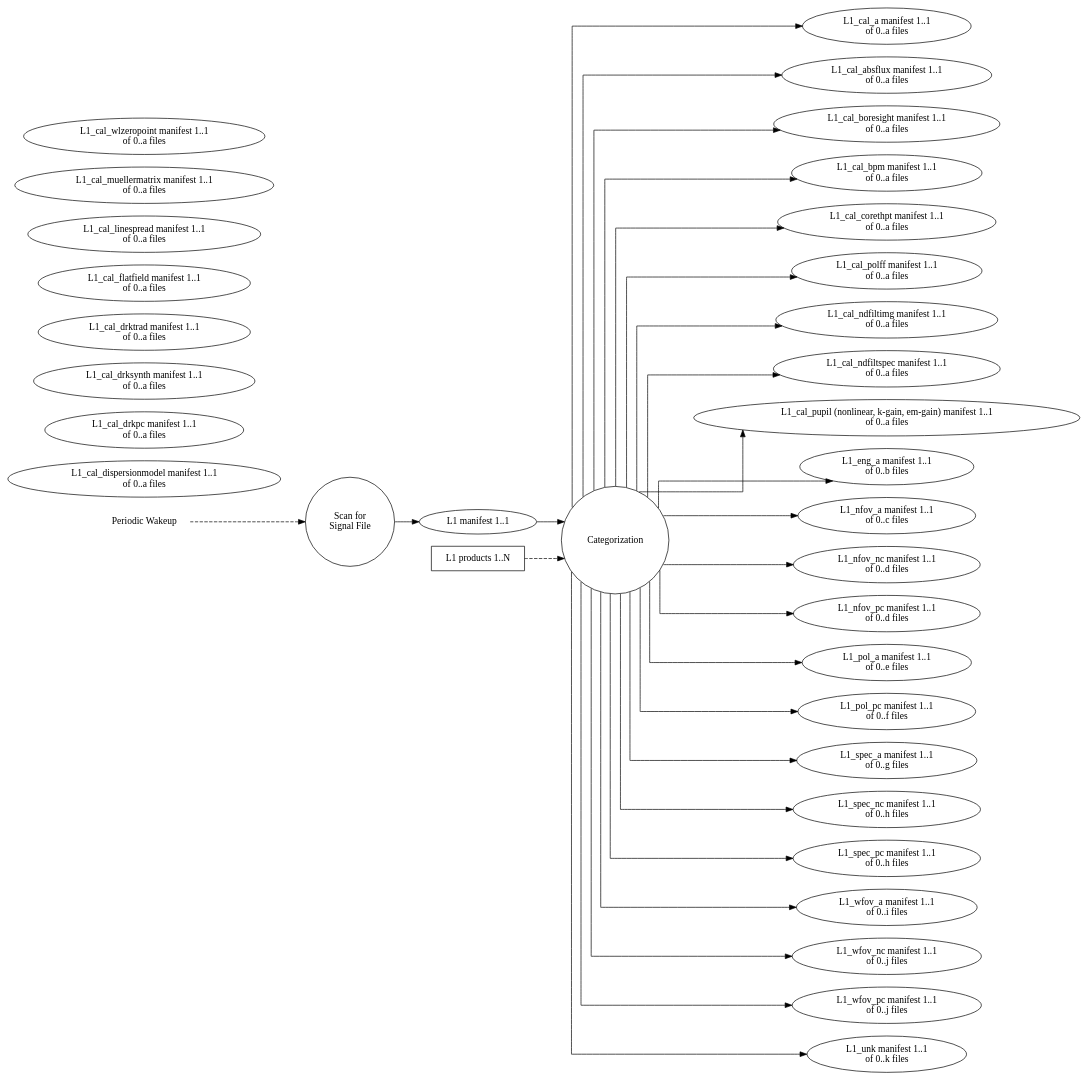
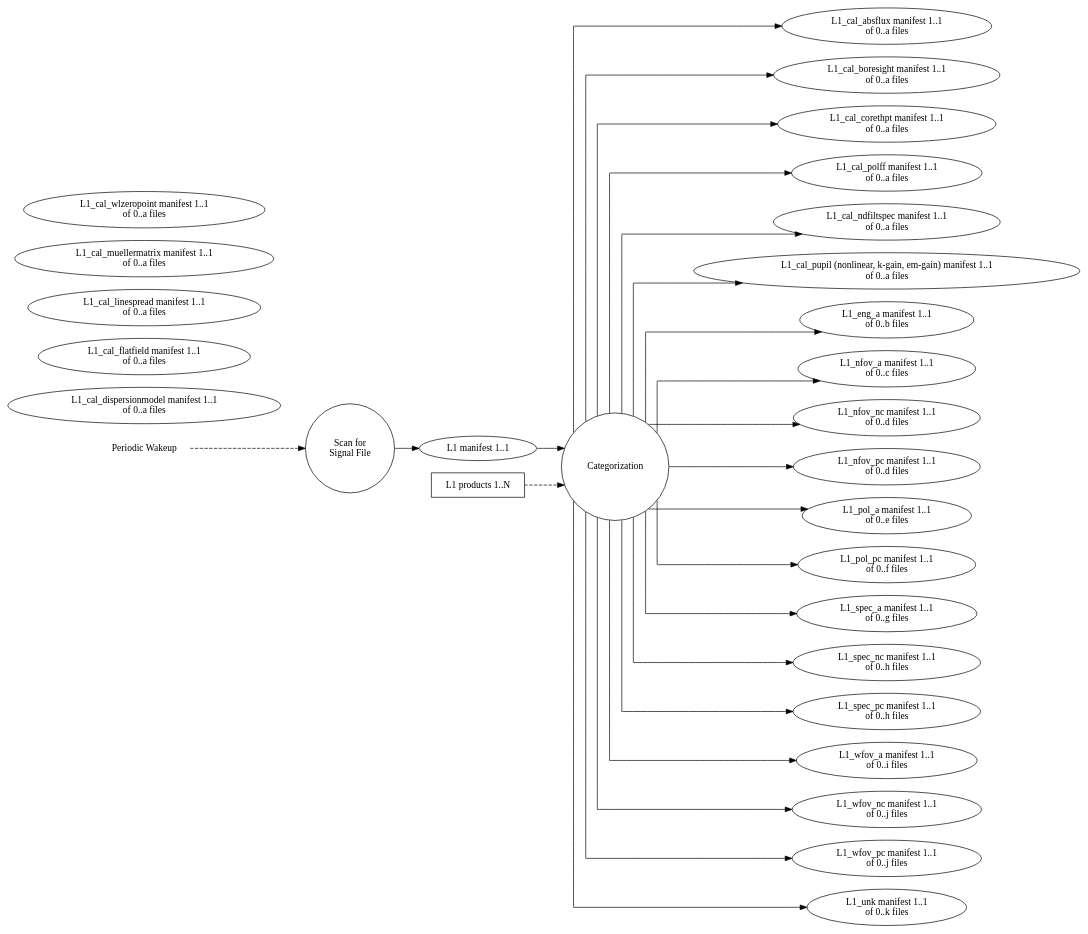
Before and after one commit to roman-corgi/ctc-dip: the diagram in dip/basis/ck_cat.dot, drawn with Graphviz. The commit also changed 7 other files, not shown here.

```diff
--- a/dip/basis/ck_cat.dot
+++ b/dip/basis/ck_cat.dot
@@ -1,168 +1,141 @@
 digraph CategorizationDesign
 {
   graph [splines="ortho", rankdir=LR];
 
   alarm [label="Periodic Wakeup", shape="none"];
   scan [label="Scan for\nSignal File", shape="circle",
         runname="clerk.scan"
         runtype="dawgie.Analyzer"
         fsmtype="dip.clerk.impls.scan.FSM"];  
   l1_sort [label="Categorization", shape="circle",
         runname="clerk.categorization"
         runtype="dawgie.Algorithm"
         fsmtype="dip.clerk.impls.categorization.FrameFSM"];
         
   l1_data [label="L1 products 1..N", shape="rectangle"];
   l1_man [label="L1 manifest 1..1", shape="ellipse",
           valname="clerk.scan.inbound.frames",
           valtype="dip.base.Manifest"];
 
-  l1_cal_a_man [label="L1_cal_a manifest 1..1\nof 0..a files",
-                shape="ellipse",
-                valname="clerk.categorization.channel.cal_a",
-                valtype="dip.base.Manifest"];
   l1_cal_absflux_man [label="L1_cal_absflux manifest 1..1\nof 0..a files",
                       shape="ellipse",
                       valname="clerk.categorization.channel.cal_absflux",
                       valtype="dip.base.Manifest"];
   l1_cal_boresight_man [label="L1_cal_boresight manifest 1..1\nof 0..a files",
                         shape="ellipse",
                         valname="clerk.categorization.channel.cal_boresight",
                         valtype="dip.base.Manifest"];
-  l1_cal_bpm_man [label="L1_cal_bpm manifest 1..1\nof 0..a files",
-                  shape="ellipse",
-                  valname="clerk.categorization.channel.cal_badpixelmap",
-                  valtype="dip.base.Manifest"];
   l1_cal_corethpt_man [label="L1_cal_corethpt manifest 1..1\nof 0..a files",
                        shape="ellipse",
                        valname="clerk.categorization.channel.cal_corethpt",
                        valtype="dip.base.Manifest"];
   l1_cal_dpm_man [label="L1_cal_dispersionmodel manifest 1..1\nof 0..a files",
                   shape="ellipse",
                   valname="clerk.categorization.channel.cal_dispersionmodel",
                   valtype="dip.base.Manifest"];
-  l1_cal_drkpc_man [label="L1_cal_drkpc manifest 1..1\nof 0..a files",
-                    shape="ellipse",
-                    valname="clerk.categorization.channel.cal_darkpc",
-                    valtype="dip.base.Manifest"];
-  l1_cal_drksynth_man [label="L1_cal_drksynth manifest 1..1\nof 0..a files",
-                       shape="ellipse",
-                       valname="clerk.categorization.channel.cal_darksynth",
-                       valtype="dip.base.Manifest"];
-  l1_cal_drktrad_man [label="L1_cal_drktrad manifest 1..1\nof 0..a files",
-                      shape="ellipse",
-                      valname="clerk.categorization.channel.cal_darktrad",
-                      valtype="dip.base.Manifest"];
   l1_cal_ff_man [label="L1_cal_flatfield manifest 1..1\nof 0..a files",
                  shape="ellipse",
                  valname="clerk.categorization.channel.cal_flatfield",
                  valtype="dip.base.Manifest"];
   l1_cal_polff_man [label="L1_cal_polff manifest 1..1\nof 0..a files",
                     shape="ellipse",
                     valname="clerk.categorization.channel.cal_polff",
                     valtype="dip.base.Manifest"];
   l1_cal_lsf_man [label="L1_cal_linespread manifest 1..1\nof 0..a files",
                   shape="ellipse",
                   valname="clerk.categorization.channel.cal_linespread",
                   valtype="dip.base.Manifest"];
   l1_cal_mm_man [label="L1_cal_muellermatrix manifest 1..1\nof 0..a files",
                  shape="ellipse",
                  valname="clerk.categorization.channel.cal_muellermatrix",
                  valtype="dip.base.Manifest"];
-  l1_cal_ndfiltimg_man [label="L1_cal_ndfiltimg manifest 1..1\nof 0..a files",
-                       shape="ellipse",
-                       valname="clerk.categorization.channel.cal_ndfiltimg",
-                       valtype="dip.base.Manifest"];
   l1_cal_ndfiltspec_man [label="L1_cal_ndfiltspec manifest 1..1\nof 0..a files",
                          shape="ellipse",
                          valname="clerk.categorization.channel.cal_ndfiltspec",
                          valtype="dip.base.Manifest"];
   l1_cal_pupil_man [label="L1_cal_pupil (nonlinear, k-gain, em-gain) manifest 1..1\nof 0..a files",
                     shape="ellipse",
                     valname="clerk.categorization.channel.cal_pupil",
                     valtype="dip.base.Manifest"];
   l1_cal_wzp_man [label="L1_cal_wlzeropoint manifest 1..1\nof 0..a files",
                   shape="ellipse",
                   valname="clerk.categorization.channel.cal_wlzeropoint",
                   valtype="dip.base.Manifest"];
   l1_eng_a_man [label="L1_eng_a manifest 1..1\nof 0..b files",
                 shape="ellipse",
                 valname="clerk.categorization.channel.eng_a",
                 valtype="dip.base.Manifest"];
   l1_nfov_a_man [label="L1_nfov_a manifest 1..1\nof 0..c files",
                  shape="ellipse",
                  valname="clerk.categorization.channel.nfov_a",
                  valtype="dip.base.Manifest"];
   l1_nfov_nc_man [label="L1_nfov_nc manifest 1..1\nof 0..d files",
                   shape="ellipse",
                   valname="clerk.categorization.channel.nfov_nc",
                   valtype="dip.base.Manifest"];
   l1_nfov_pc_man [label="L1_nfov_pc manifest 1..1\nof 0..d files",
                   shape="ellipse",
                   valname="clerk.categorization.channel.nfov_pc",
                   valtype="dip.base.Manifest"];
   l1_pol_a_man [label="L1_pol_a manifest 1..1\nof 0..e files",
                 shape="ellipse",
                 valname="clerk.categorization.channel.pol_a",
                 valtype="dip.base.Manifest"];
   l1_pol_pc_man [label="L1_pol_pc manifest 1..1\nof 0..f files",
                  shape="ellipse",
                  valname="clerk.categorization.channel.pol_pc",
                  valtype="dip.base.Manifest"];
   l1_spec_a_man [label="L1_spec_a manifest 1..1\nof 0..g files",
                 shape="ellipse",
                 valname="clerk.categorization.channel.spec_a",
                 valtype="dip.base.Manifest"];
   l1_spec_nc_man [label="L1_spec_nc manifest 1..1\nof 0..h files",
                  shape="ellipse",
                  valname="clerk.categorization.channel.spec_nc",
                  valtype="dip.base.Manifest"];
   l1_spec_pc_man [label="L1_spec_pc manifest 1..1\nof 0..h files",
                  shape="ellipse",
                  valname="clerk.categorization.channel.spec_pc",
                  valtype="dip.base.Manifest"];
   l1_wfov_a_man [label="L1_wfov_a manifest 1..1\nof 0..i files",
                  shape="ellipse",
                  valname="clerk.categorization.channel.wfov_a",
                  valtype="dip.base.Manifest"];
   l1_wfov_nc_man [label="L1_wfov_nc manifest 1..1\nof 0..j files",
                   shape="ellipse",
                   valname="clerk.categorization.channel.wfov_nc",
                   valtype="dip.base.Manifest"];
   l1_wfov_pc_man [label="L1_wfov_pc manifest 1..1\nof 0..j files",
                   shape="ellipse",
                   valname="clerk.categorization.channel.wfov_pc",
                   valtype="dip.base.Manifest"];
   l1_unk_man [label="L1_unk manifest 1..1\nof 0..k files",
               shape="ellipse",
               valname="clerk.categorization.channel.unk",
               valtype="dip.base.Manifest"];
 
   alarm -> scan [style="dashed"];
   scan -> l1_man;
   l1_data -> l1_sort [style="dashed"];
   l1_man -> l1_sort;
 
-  l1_sort -> l1_cal_a_man;
   l1_sort -> l1_cal_absflux_man;
   l1_sort -> l1_cal_boresight_man;
-  l1_sort -> l1_cal_bpm_man;
   l1_sort -> l1_cal_corethpt_man;
   l1_sort -> l1_cal_polff_man;
-  l1_sort -> l1_cal_ndfiltimg_man;
   l1_sort -> l1_cal_ndfiltspec_man;
   l1_sort -> l1_cal_pupil_man;
   l1_sort -> l1_eng_a_man;
   l1_sort -> l1_nfov_a_man;
   l1_sort -> l1_nfov_nc_man;
   l1_sort -> l1_nfov_pc_man;
   l1_sort -> l1_pol_a_man;
   l1_sort -> l1_pol_pc_man;
   l1_sort -> l1_spec_a_man;
   l1_sort -> l1_spec_nc_man;
   l1_sort -> l1_spec_pc_man;
   l1_sort -> l1_wfov_a_man;
   l1_sort -> l1_wfov_nc_man;
   l1_sort -> l1_wfov_pc_man;
   l1_sort -> l1_unk_man;
 }
```
